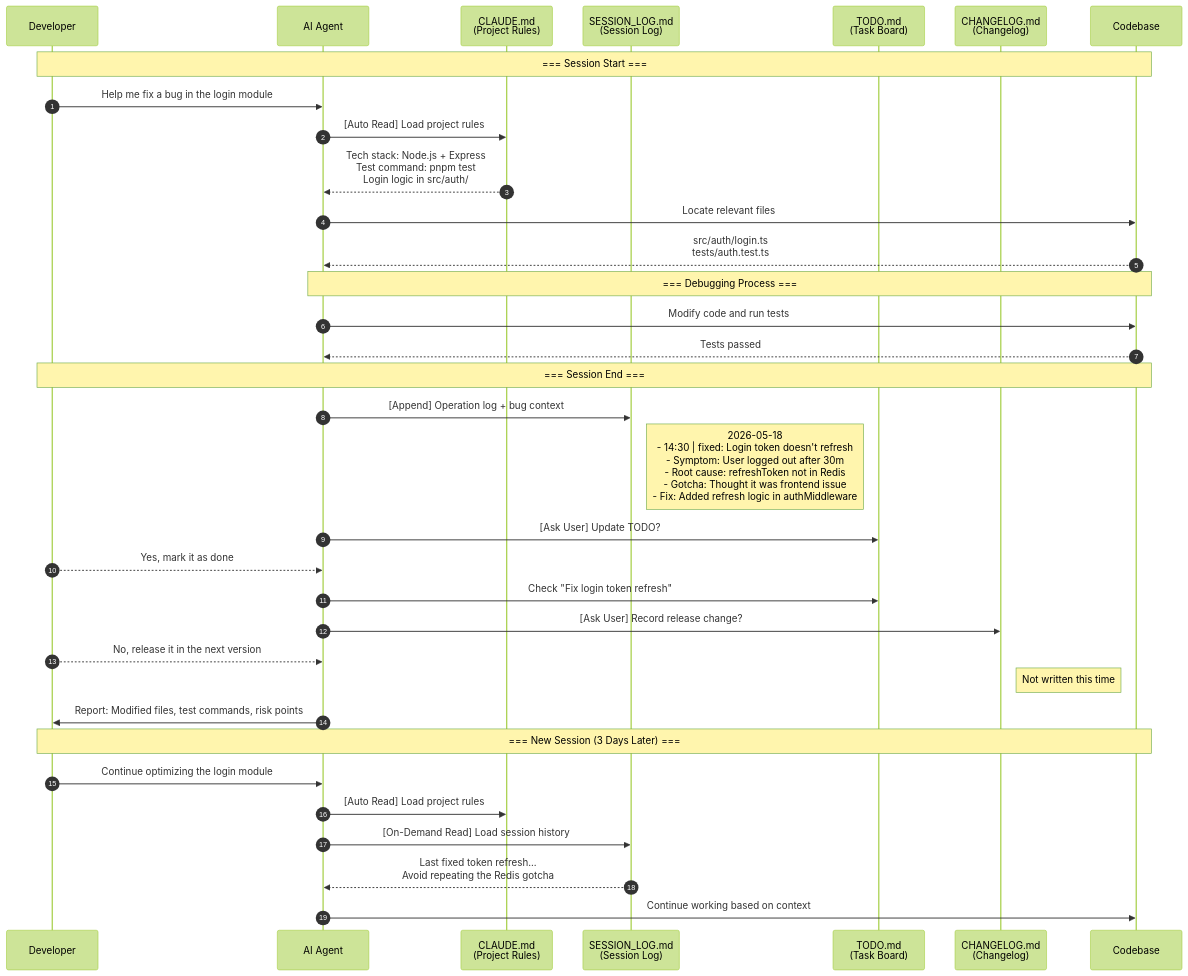
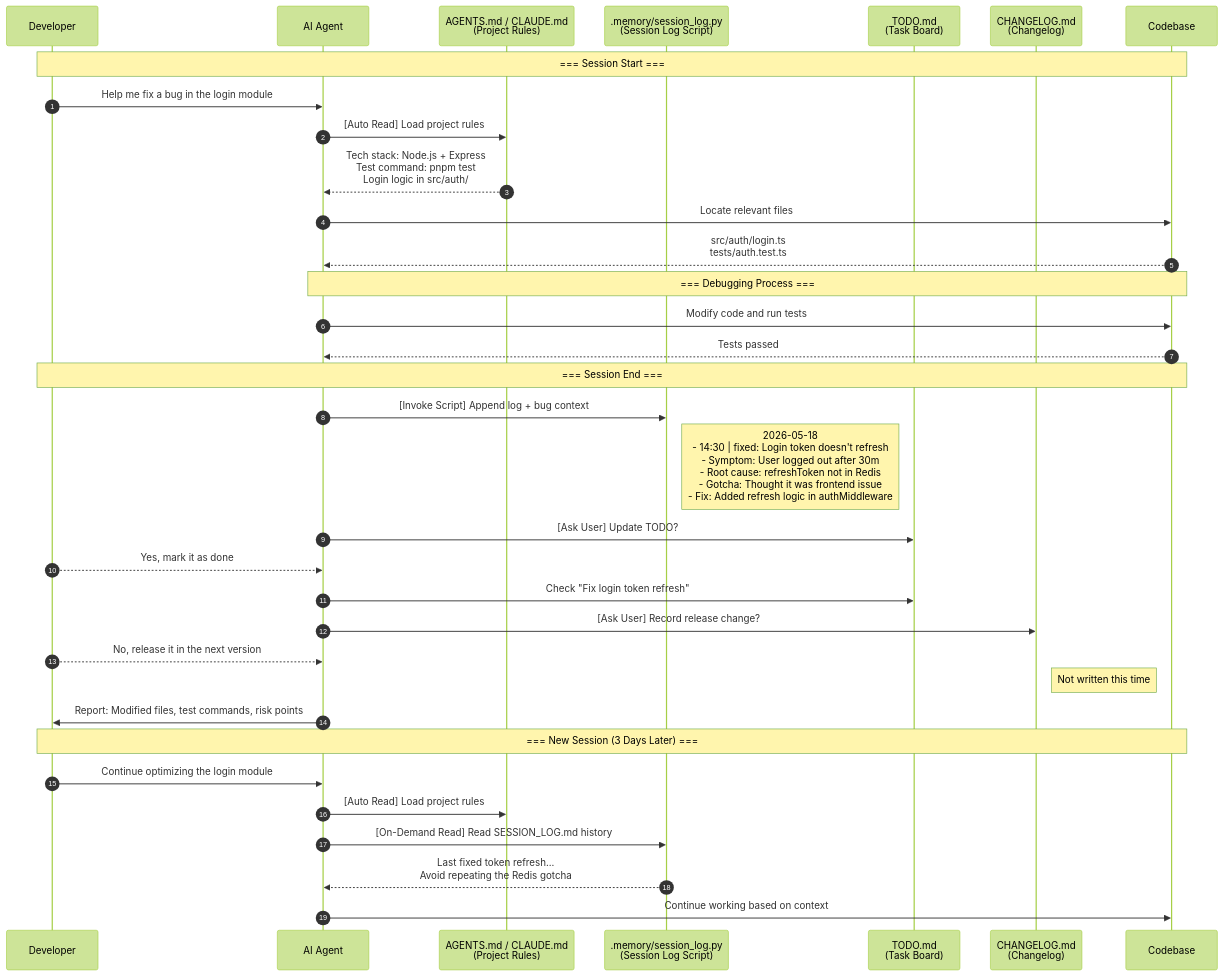
Before and after one commit to max-doo/build-memory: the second of 3 diagrams in README.md, drawn with Mermaid (forest theme). The commit also changed other lines of this file and 16 other files, not shown here.

````diff
--- a/README.md
+++ b/README.md
@@ -163,48 +163,48 @@
 ```mermaid
 sequenceDiagram
     autonumber
     participant U as Developer
     participant A as AI Agent
-    participant CM as CLAUDE.md<br/>(Project Rules)
-    participant SL as SESSION_LOG.md<br/>(Session Log)
+    participant CM as AGENTS.md / CLAUDE.md<br/>(Project Rules)
+    participant SL as .memory/session_log.py<br/>(Session Log Script)
     participant TD as TODO.md<br/>(Task Board)
     participant CL as CHANGELOG.md<br/>(Changelog)
     participant Repo as Codebase
 
     Note over U,Repo: === Session Start ===
 
     U->>A: Help me fix a bug in the login module
     A->>CM: [Auto Read] Load project rules
     CM-->>A: Tech stack: Node.js + Express<br/>Test command: pnpm test<br/>Login logic in src/auth/
 
     A->>Repo: Locate relevant files
     Repo-->>A: src/auth/login.ts<br/>tests/auth.test.ts
 
     Note over A,Repo: === Debugging Process ===
 
     A->>Repo: Modify code and run tests
     Repo-->>A: Tests passed
 
     Note over U,Repo: === Session End ===
 
-    A->>SL: [Append] Operation log + bug context
+    A->>SL: [Invoke Script] Append log + bug context
     Note right of SL: 2026-05-18<br/>- 14:30 | fixed: Login token doesn't refresh<br/>  - Symptom: User logged out after 30m<br/>  - Root cause: refreshToken not in Redis<br/>  - Gotcha: Thought it was frontend issue<br/>  - Fix: Added refresh logic in authMiddleware
 
     A->>TD: [Ask User] Update TODO?
     U-->>A: Yes, mark it as done
     A->>TD: Check "Fix login token refresh"
 
     A->>CL: [Ask User] Record release change?
     U-->>A: No, release it in the next version
     Note right of CL: Not written this time
 
     A->>U: Report: Modified files, test commands, risk points
 
     Note over U,Repo: === New Session (3 Days Later) ===
 
     U->>A: Continue optimizing the login module
     A->>CM: [Auto Read] Load project rules
-    A->>SL: [On-Demand Read] Load session history
+    A->>SL: [On-Demand Read] Read SESSION_LOG.md history
     SL-->>A: Last fixed token refresh...<br/>Avoid repeating the Redis gotcha
     A->>Repo: Continue working based on context
 ```
````
